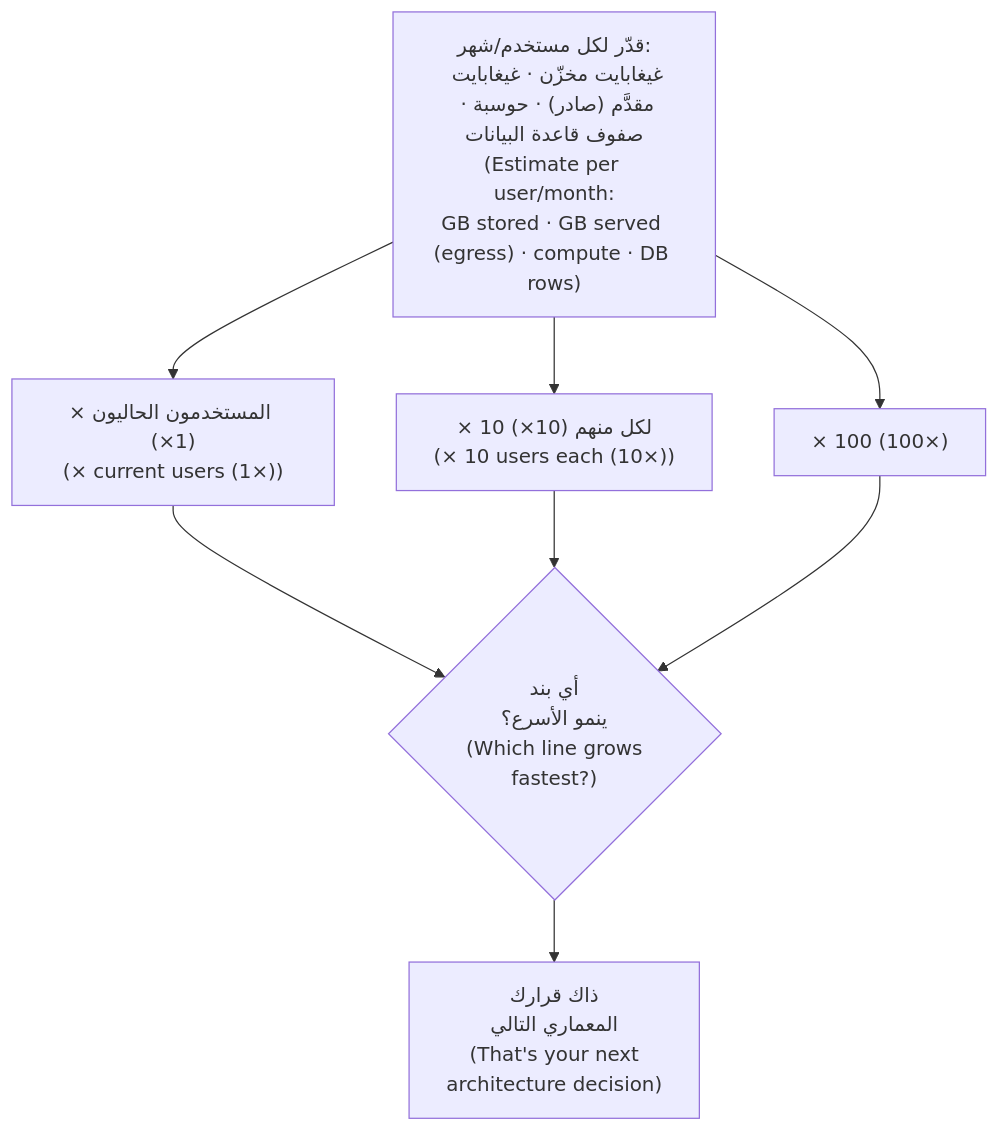
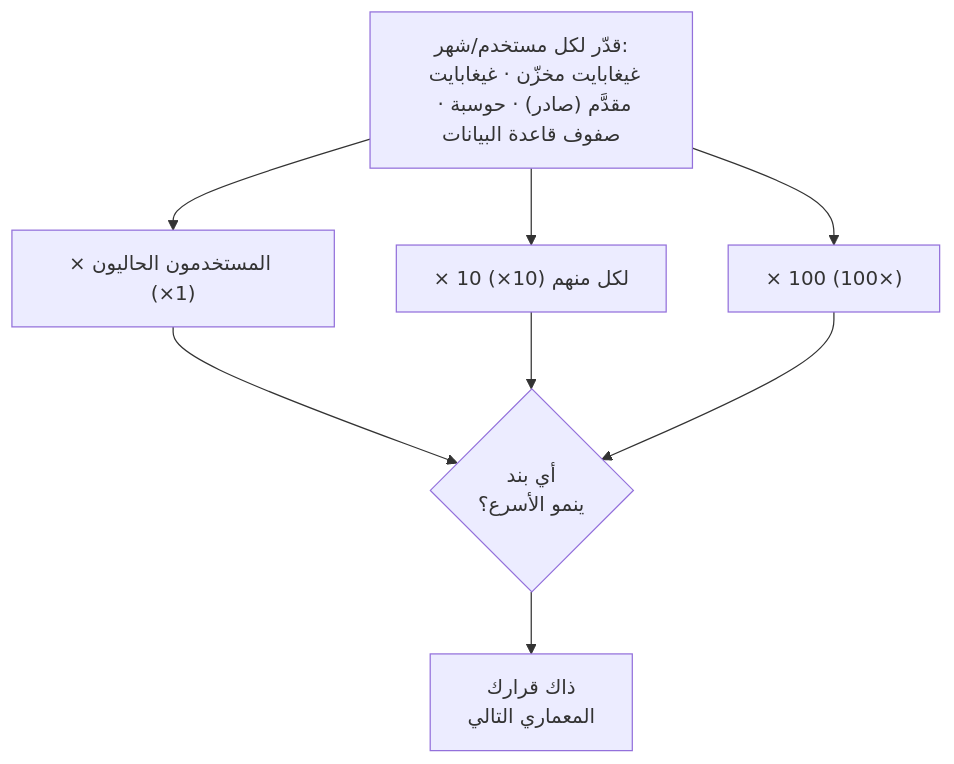
One commit to Tamoura/system-design-for-vibe-coders changed the fourth of 5 diagrams in modules/11-reaching-the-world/module.ar.md. Above: the diagram before and after it, drawn with Mermaid. The commit also changed other lines of this file and 551 other files, not shown here.

````diff
--- a/modules/11-reaching-the-world/module.ar.md
+++ b/modules/11-reaching-the-world/module.ar.md
@@ -341,8 +341,8 @@
 ```mermaid
 flowchart TD
-    A["قدّر لكل مستخدم/شهر:<br/>غيغابايت مخزّن · غيغابايت مقدَّم (صادر) · حوسبة · صفوف قاعدة البيانات<br/>(Estimate per user/month:<br/>GB stored · GB served (egress) · compute · DB rows)"] --> B["× المستخدمون الحاليون (1×)<br/>(× current users (1×))"]
-    A --> C["× 10 لكل منهم (10×)<br/>(× 10 users each (10×))"]
+    A["قدّر لكل مستخدم/شهر:<br/>غيغابايت مخزّن · غيغابايت مقدَّم (صادر) · حوسبة · صفوف قاعدة البيانات"] --> B["× المستخدمون الحاليون (1×)"]
+    A --> C["× 10 لكل منهم (10×)"]
     A --> D["× 100 (100×)"]
-    B & C & D --> E{"أي بند<br/>ينمو الأسرع؟<br/>(Which line grows<br/>fastest?)"}
-    E --> F["ذاك قرارك<br/>المعماري التالي<br/>(That's your next<br/>architecture decision)"]
+    B & C & D --> E{"أي بند<br/>ينمو الأسرع؟"}
+    E --> F["ذاك قرارك<br/>المعماري التالي"]
 ```
````
